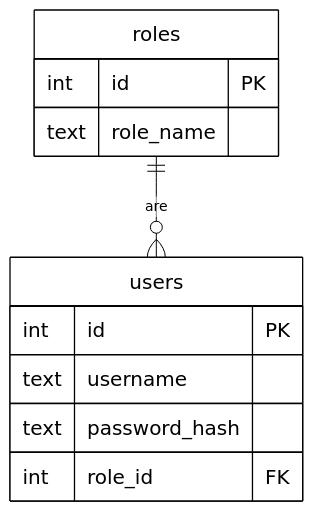
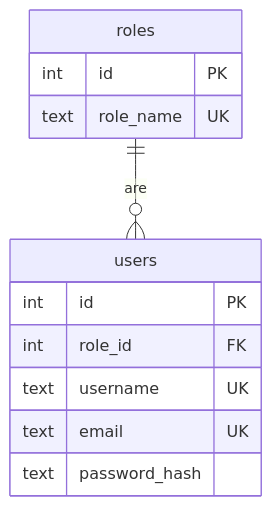
One commit to ricardofilipebondor/web-technologies-2026 changed the seventh of 12 diagrams in docs/ARCHITECTURE.md. Above: the diagram before and after it, drawn with Mermaid. The commit also changed other lines of this file and 20 other files, not shown here.

````diff
--- a/docs/ARCHITECTURE.md
+++ b/docs/ARCHITECTURE.md
@@ -132,16 +142,15 @@
 ```mermaid
-%%{init: {'theme':'base','themeVariables':{'darkMode':false,'background':'#ffffff','mainBkg':'#ffffff','primaryColor':'#ffffff','primaryTextColor':'#000000','primaryBorderColor':'#000000','lineColor':'#000000','fontSize':'20px','fontFamily':'Arial'}}}%%
 erDiagram
     roles ||--o{ users : are
-
     roles {
         int id PK
-        text role_name
+        text role_name UK
     }
     users {
         int id PK
-        text username
+        int role_id FK
+        text username UK
+        text email UK
         text password_hash
-        int role_id FK
     }
 ```
````
